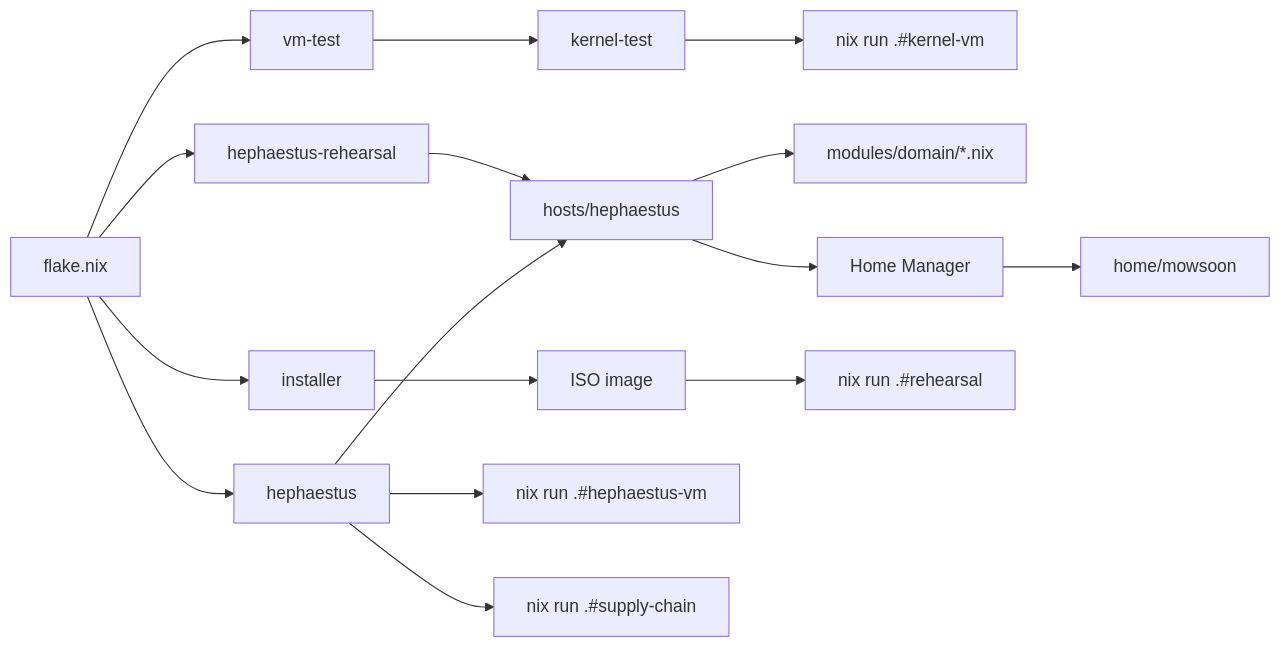
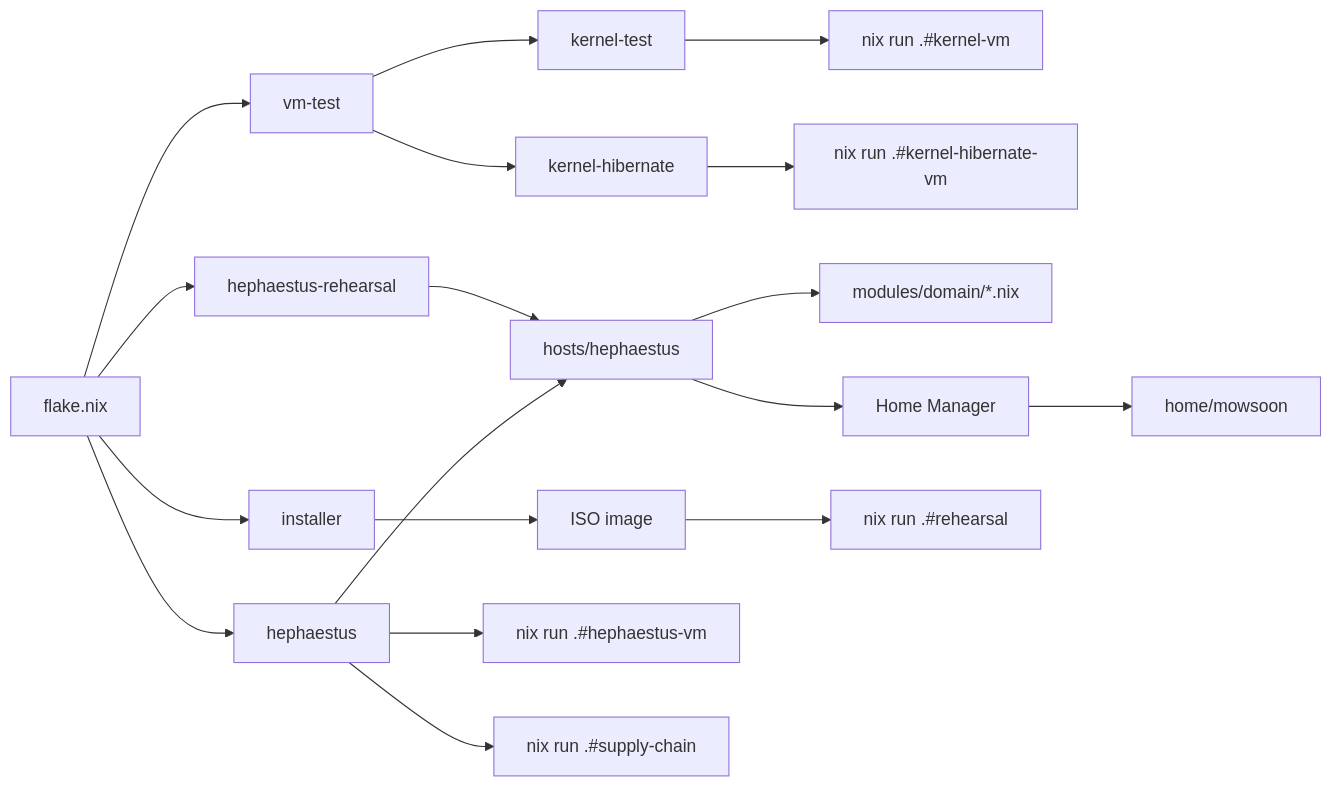
Before and after one commit to Mowsoon/nixos_config: the diagram in docs/architecture/overview.md, drawn with Mermaid. The commit also changed other lines of this file and 7 other files, not shown here.

Commit message:
Add a kernel-hibernate VM that hibernates for real on a kernel build, keeping its swap and TPM between runs

````diff
--- a/docs/architecture/overview.md
+++ b/docs/architecture/overview.md
@@ -9,18 +9,20 @@
 ```mermaid
 flowchart LR
   flake[flake.nix] --> vmtest[vm-test]
   vmtest --> kerneltest[kernel-test]
   kerneltest --> kernelvm[nix run .#kernel-vm]
+  vmtest --> kernelhib[kernel-hibernate]
+  kernelhib --> kernelhibvm[nix run .#kernel-hibernate-vm]
   flake --> heph[hephaestus]
   flake --> rehearsal[hephaestus-rehearsal]
   flake --> installer[installer]
   heph --> hostfiles[hosts/hephaestus]
   rehearsal --> hostfiles
   hostfiles --> modules[modules/domain/*.nix]
   hostfiles --> hm[Home Manager]
   hm --> home[home/mowsoon]
   installer --> iso[ISO image]
   iso --> app[nix run .#rehearsal]
   heph --> vm[nix run .#hephaestus-vm]
   heph --> supply[nix run .#supply-chain]
 ```
````
